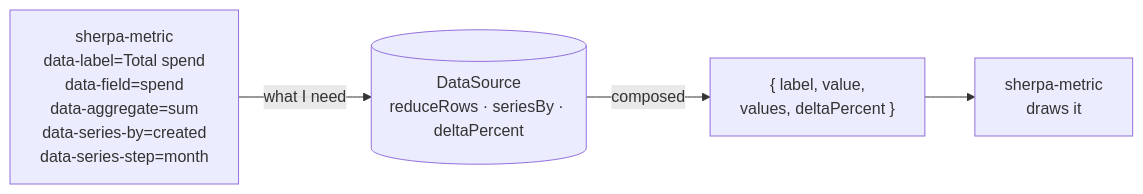
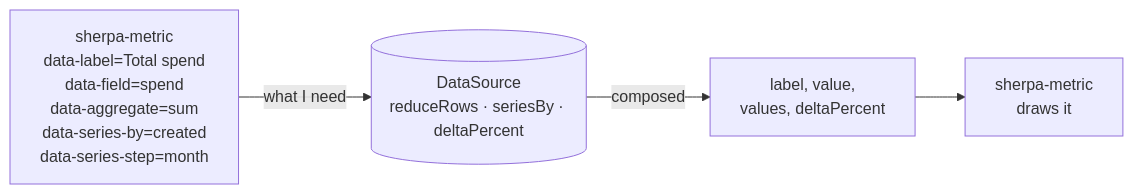
One commit to Mincher/sherpa-ui changed the sixth of 10 diagrams in docs/FILTER-REVIEW.md. Above: the diagram before and after it, drawn with Mermaid. The commit also changed other lines of this file, not shown here.

````diff
--- a/docs/FILTER-REVIEW.md
+++ b/docs/FILTER-REVIEW.md
@@ -568,11 +625,11 @@
 ```mermaid
 flowchart LR
   DECL["sherpa-metric<br/>data-label=Total spend<br/>data-field=spend<br/>data-aggregate=sum<br/>data-series-by=created<br/>data-series-step=month"]
   SRC[("DataSource<br/>reduceRows · seriesBy · deltaPercent")]
-  OUT["{ label, value,<br/>values, deltaPercent }"]
+  OUT["label, value,<br/>values, deltaPercent"]
   MET["sherpa-metric<br/>draws it"]
 
   DECL -- "what I need" --> SRC
   SRC -- "composed" --> OUT
   OUT --> MET
 ```
````
